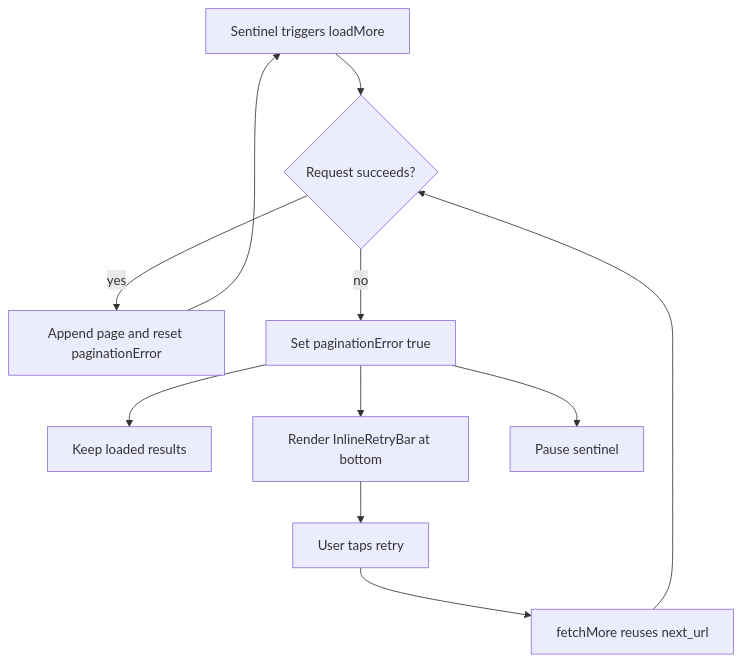
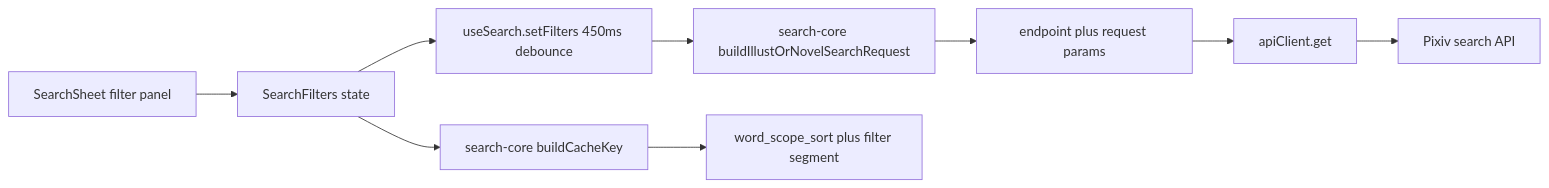
The second of 2 diagrams in openwiki/domain/feed-and-browsing.md (a1121611810/Pictelio), drawn with Mermaid before and after one commit. The commit also changed other lines of this file and 25 other files, not shown here.

````diff
--- a/openwiki/domain/feed-and-browsing.md
+++ b/openwiki/domain/feed-and-browsing.md
@@ -149,11 +189,11 @@
 ```mermaid
-flowchart TD
-    S["Sentinel triggers loadMore"] --> R{"Request succeeds?"}
-    R -->|yes| A["Append page and reset paginationError"] --> S
-    R -->|no| P["Set paginationError true"]
-    P --> K["Keep loaded results"]
-    P --> B["Render InlineRetryBar at bottom"]
-    P --> D["Pause sentinel"]
-    B --> U["User taps retry"]
-    U --> M["fetchMore reuses next_url"] --> R
+flowchart LR
+    UI["SearchSheet filter panel"] --> FS["SearchFilters state"]
+    FS --> UF["useSearch.setFilters 450ms debounce"]
+    UF --> BUILD["search-core buildIllustOrNovelSearchRequest"]
+    BUILD --> REQ["endpoint plus request params"]
+    REQ --> GET["apiClient.get"]
+    GET --> API["Pixiv search API"]
+    FS --> KEY["search-core buildCacheKey"]
+    KEY --> CK["word_scope_sort plus filter segment"]
 ```
````
